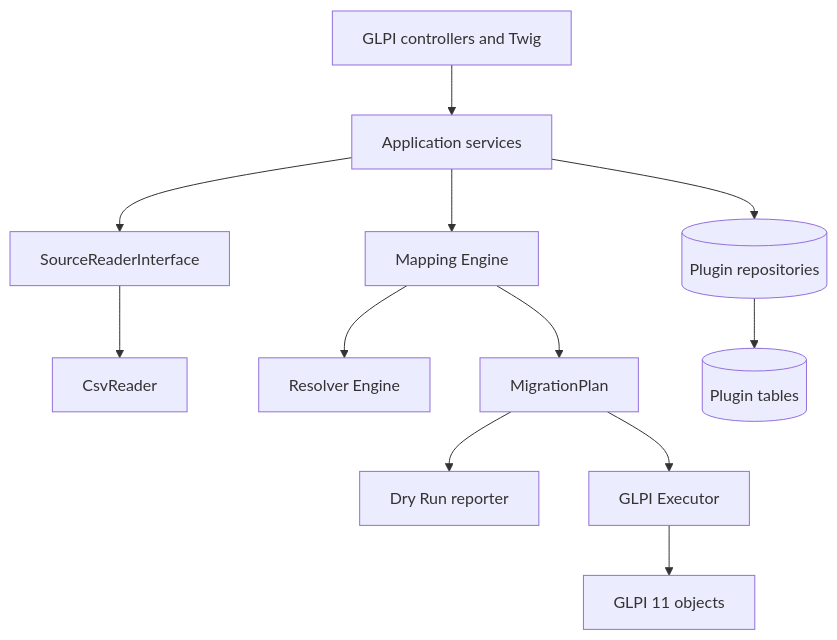
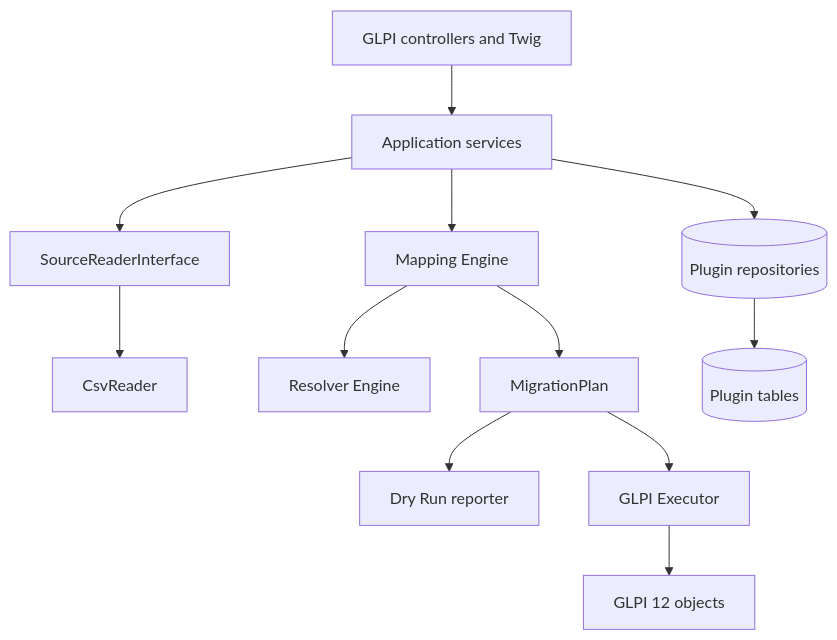
Before and after one commit to TiniSys-IT-Solutions/glpi-ticket-migration: the diagram in docs/ARCHITECTURE.md, drawn with Mermaid. The commit also changed other lines of this file and 23 other files, not shown here.

````diff
--- a/docs/ARCHITECTURE.md
+++ b/docs/ARCHITECTURE.md
@@ -5,14 +5,14 @@
 ```mermaid
 flowchart TD
   UI[GLPI controllers and Twig] --> App[Application services]
   App --> Reader[SourceReaderInterface]
   Reader --> CSV[CsvReader]
   App --> Mapping[Mapping Engine]
   Mapping --> Resolver[Resolver Engine]
   Mapping --> Plan[MigrationPlan]
   Plan --> Dry[Dry Run reporter]
   Plan --> Exec[GLPI Executor]
-  Exec --> Core[GLPI 11 objects]
+  Exec --> Core[GLPI 12 objects]
   App --> Repo[(Plugin repositories)]
   Repo --> DB[(Plugin tables)]
 ```
````
